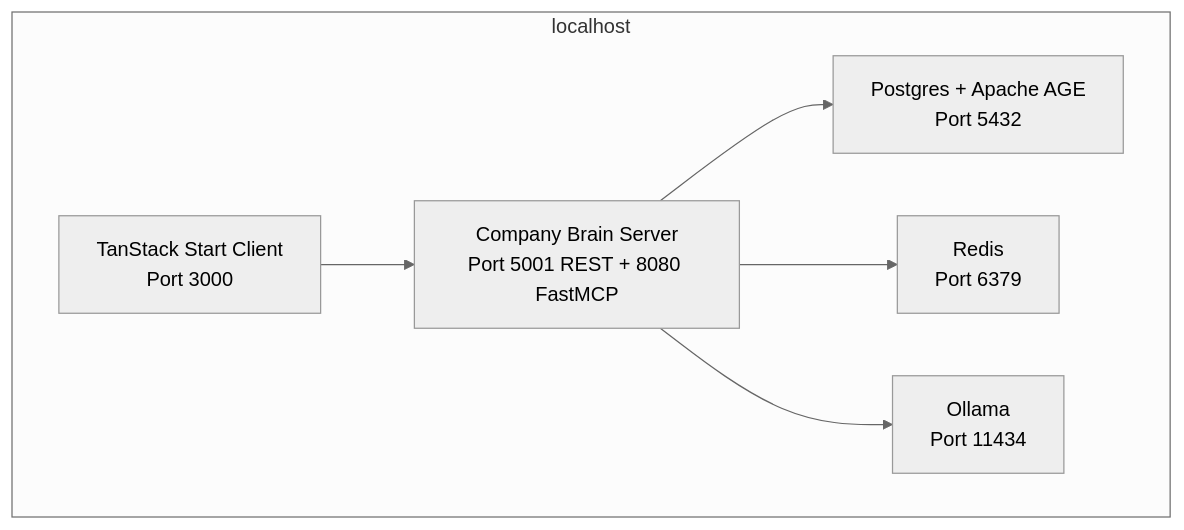
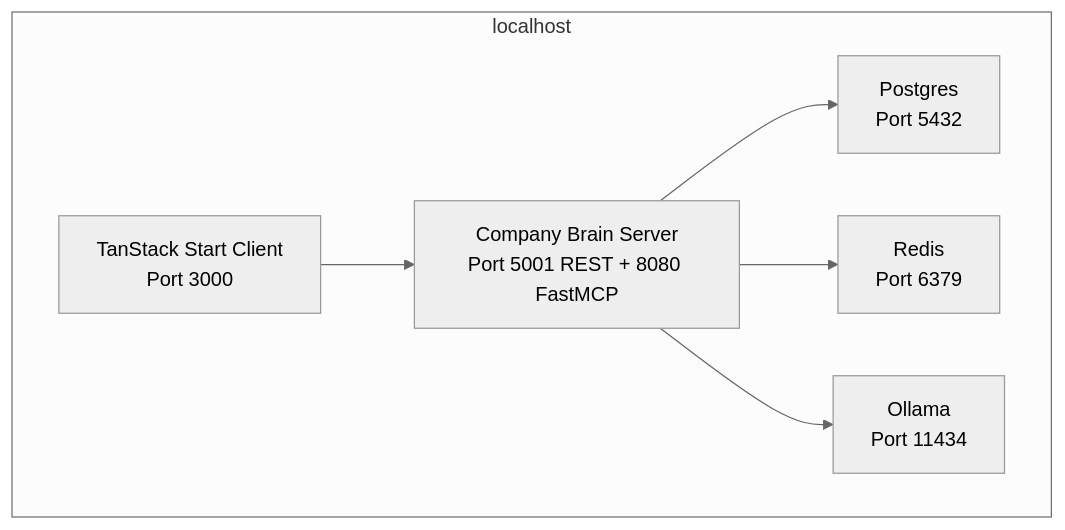
One commit to AryanPatil5/CompanyBrain changed diagram 16 of 17 in ARCHITECTURE.md. Above: the diagram before and after it, drawn with Mermaid (neutral theme). The commit also changed other lines of this file and 172 other files, not shown here.

````diff
--- a/ARCHITECTURE.md
+++ b/ARCHITECTURE.md
@@ -864,15 +864,15 @@
 ```mermaid
 graph TB
     subgraph "localhost"
         Server[Company Brain Server<br/>Port 5001 REST + 8080 FastMCP]
         Client[TanStack Start Client<br/>Port 3000]
-        Postgres[Postgres + Apache AGE<br/>Port 5432]
+        Postgres[Postgres<br/>Port 5432]
         Redis[Redis<br/>Port 6379]
         Ollama[Ollama<br/>Port 11434]
     end
 
     Server --> Postgres
     Server --> Redis
     Server --> Ollama
     Client --> Server
 ```
````
